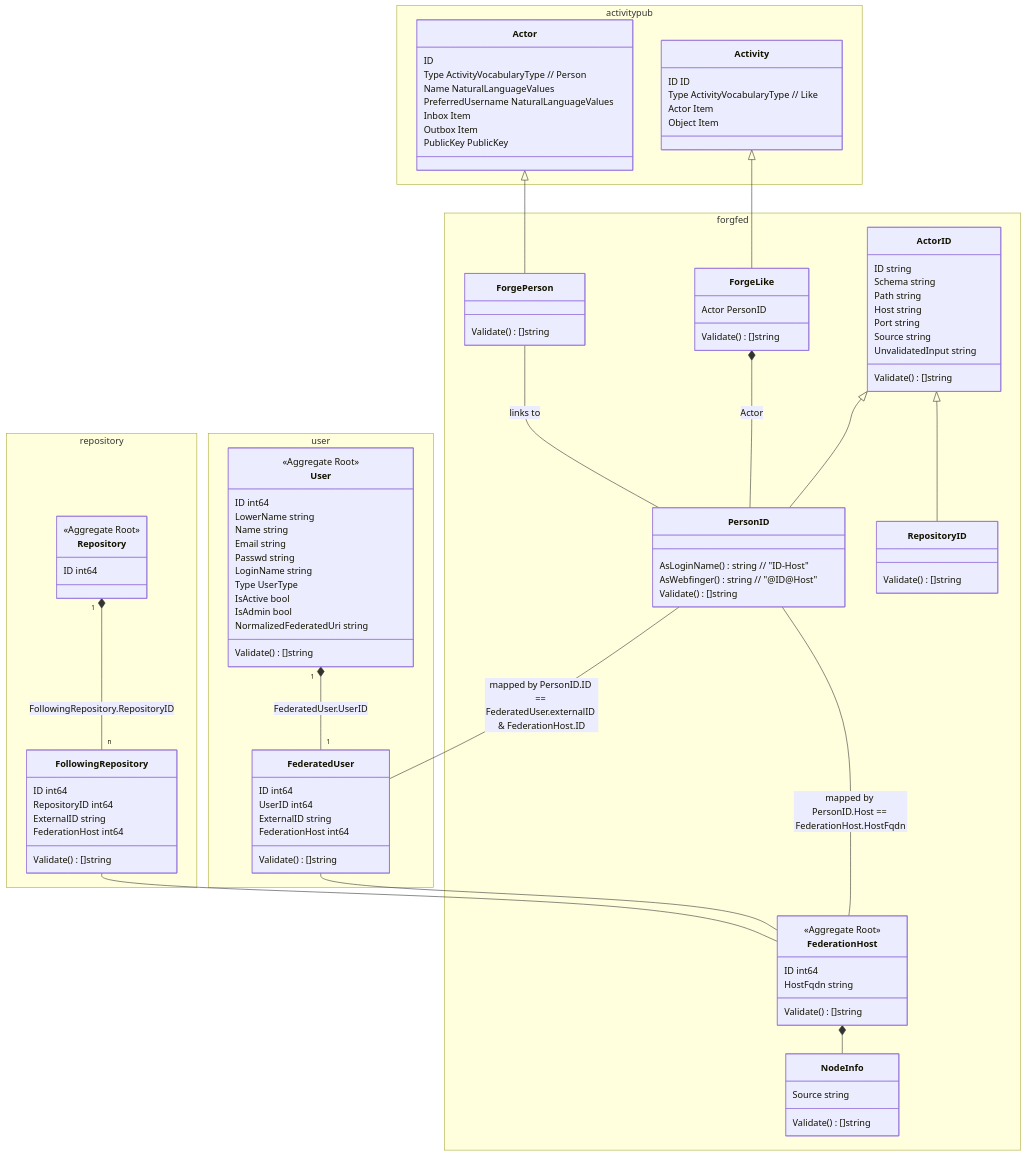
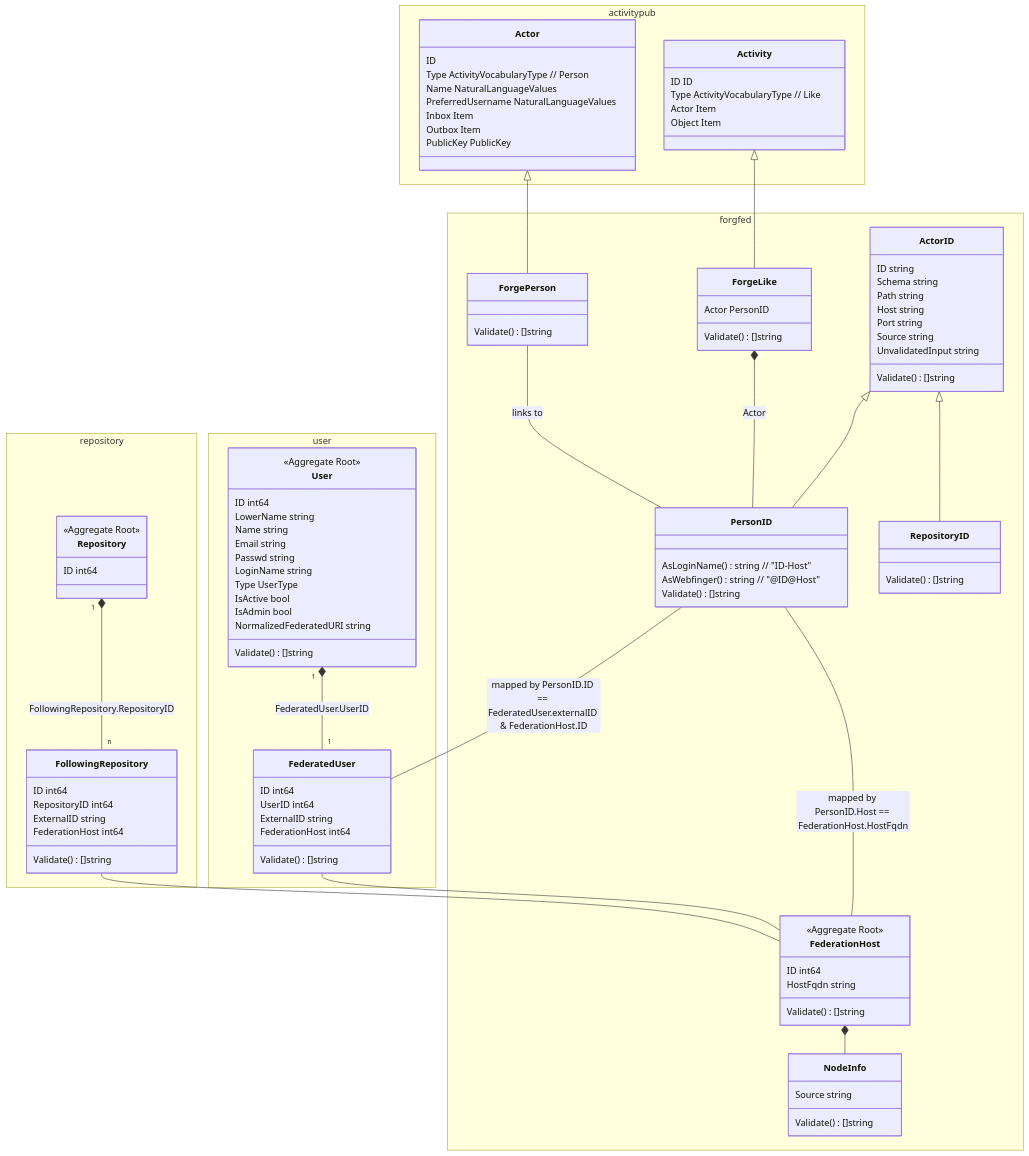
The diagram in docs/unsure-where-to-put/federation-architecture.md (yonasBSD/forgejo), drawn with Mermaid before and after one commit. The commit also changed 1 other file, not shown here.

```diff
--- a/docs/unsure-where-to-put/federation-architecture.md
+++ b/docs/unsure-where-to-put/federation-architecture.md
@@ -92,7 +92,7 @@
       Type                   UserType
       IsActive               bool
       IsAdmin                bool
-      NormalizedFederatedUri string
+      NormalizedFederatedURI string
       Validate()             []string
     }
 
```
